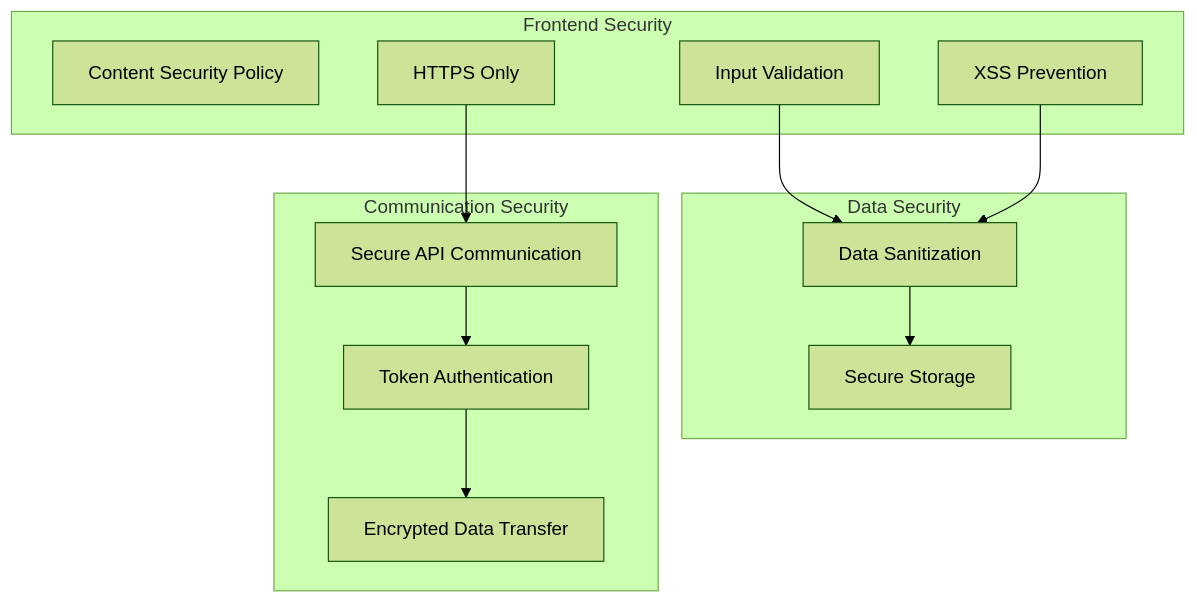
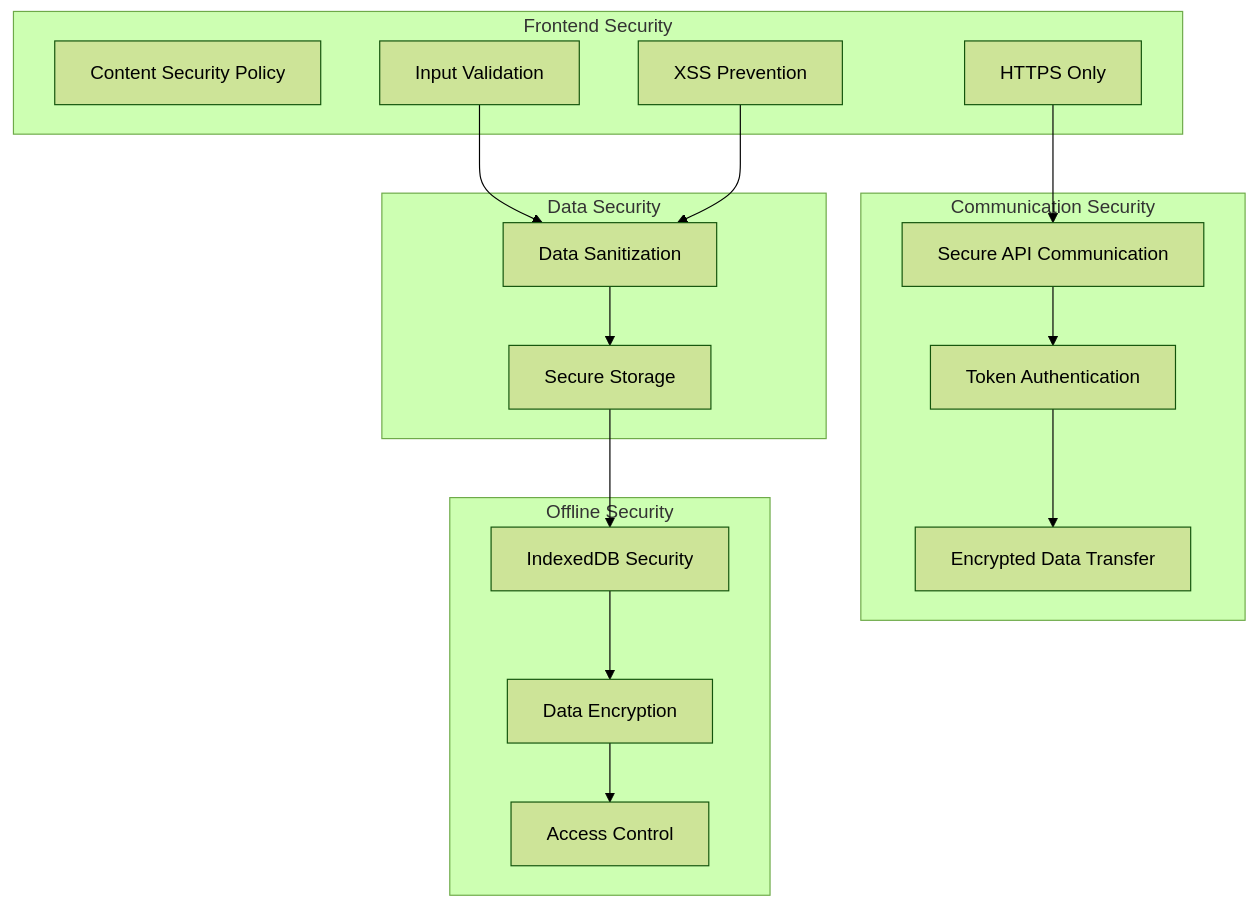
One commit to parnamail/abc-racing changed the tenth of 11 diagrams in ARCHITECTURE_DIAGRAM.md. Above: the diagram before and after it, drawn with Mermaid (forest theme). The commit also changed other lines of this file, not shown here.

Commit message:
Architecture diagram updated

````diff
--- a/ARCHITECTURE_DIAGRAM.md
+++ b/ARCHITECTURE_DIAGRAM.md
@@ -348,21 +497,27 @@
 ```mermaid
 graph TB
     subgraph "Frontend Security"
         CSP[Content Security Policy]
         HTTPS[HTTPS Only]
         InputValidation[Input Validation]
         XSSPrevention[XSS Prevention]
     end
 
     subgraph "Data Security"
         InputValidation --> Sanitization[Data Sanitization]
         XSSPrevention --> Sanitization
         Sanitization --> SecureStorage[Secure Storage]
     end
 
     subgraph "Communication Security"
         HTTPS --> SecureAPI[Secure API Communication]
         SecureAPI --> TokenAuth[Token Authentication]
         TokenAuth --> EncryptedData[Encrypted Data Transfer]
     end
+
+    subgraph "Offline Security"
+        SecureStorage --> IndexedDB[IndexedDB Security]
+        IndexedDB --> DataEncryption[Data Encryption]
+        DataEncryption --> AccessControl[Access Control]
+    end
 ```
````
